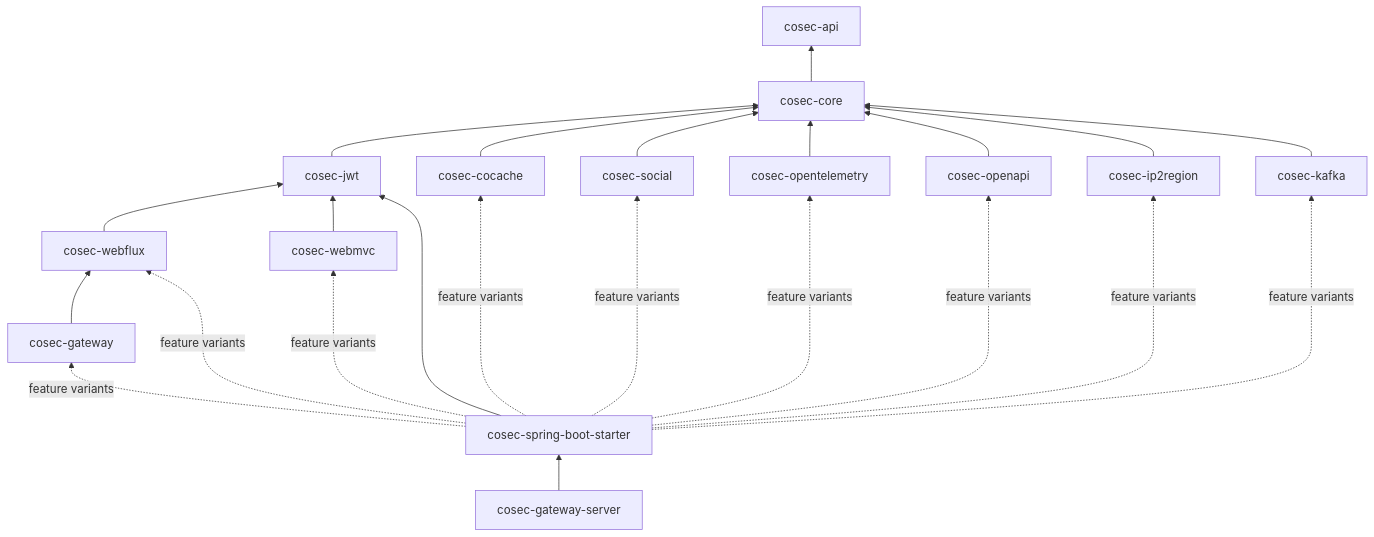
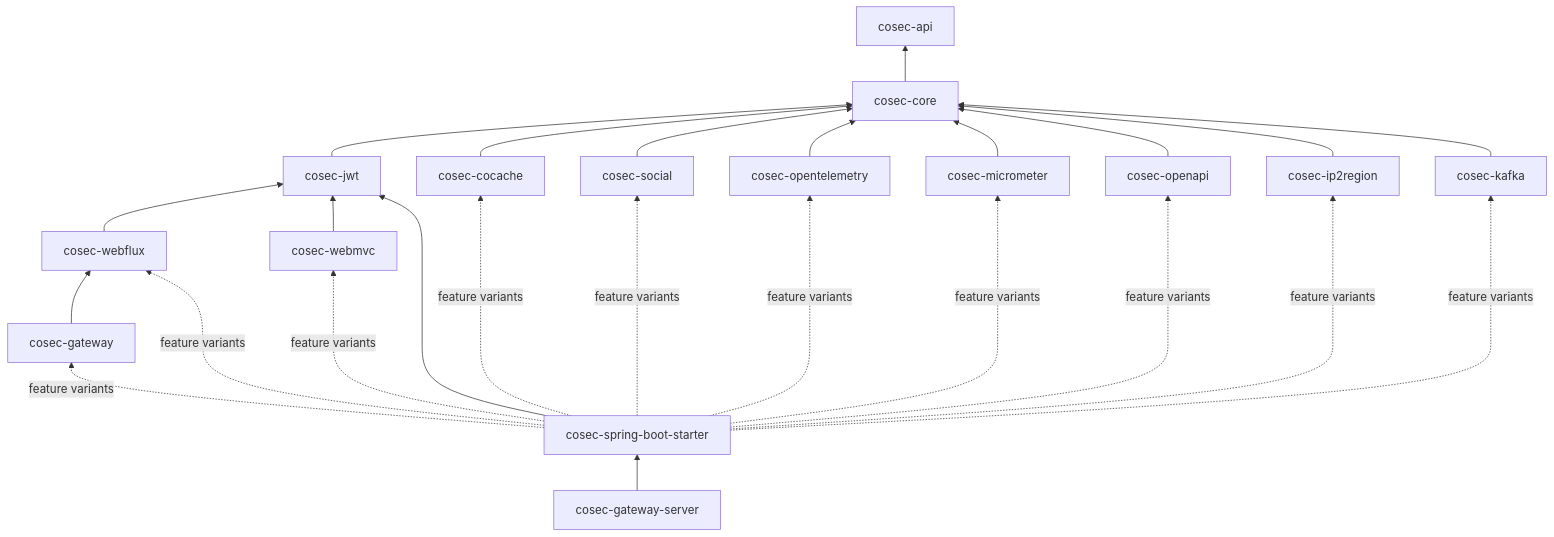
One commit to Ahoo-Wang/CoSec changed the first of 2 diagrams in wiki/zh/architecture/overview.md. Above: the diagram before and after it, drawn with Mermaid. The commit also changed other lines of this file and 22 other files, not shown here.

````diff
--- a/wiki/zh/architecture/overview.md
+++ b/wiki/zh/architecture/overview.md
@@ -7,17 +7,18 @@
 ```mermaid
 flowchart BT
     core[cosec-core] --> api[cosec-api]
     jwt[cosec-jwt] --> core
     cocache[cosec-cocache] --> core
     social[cosec-social] --> core
     otel[cosec-opentelemetry] --> core
+    micrometer[cosec-micrometer] --> core
     openapi[cosec-openapi] --> core
     ip2r[cosec-ip2region] --> core
     kafka[cosec-kafka] --> core
     webflux[cosec-webflux] --> jwt
     webmvc[cosec-webmvc] --> jwt
     gateway[cosec-gateway] --> webflux
     starter[cosec-spring-boot-starter] --> jwt
-    starter -. feature variants .-> webflux & webmvc & gateway & cocache & social & otel & openapi & ip2r & kafka
+    starter -. feature variants .-> webflux & webmvc & gateway & cocache & social & otel & micrometer & openapi & ip2r & kafka
     server[cosec-gateway-server] --> starter
 ```
````
